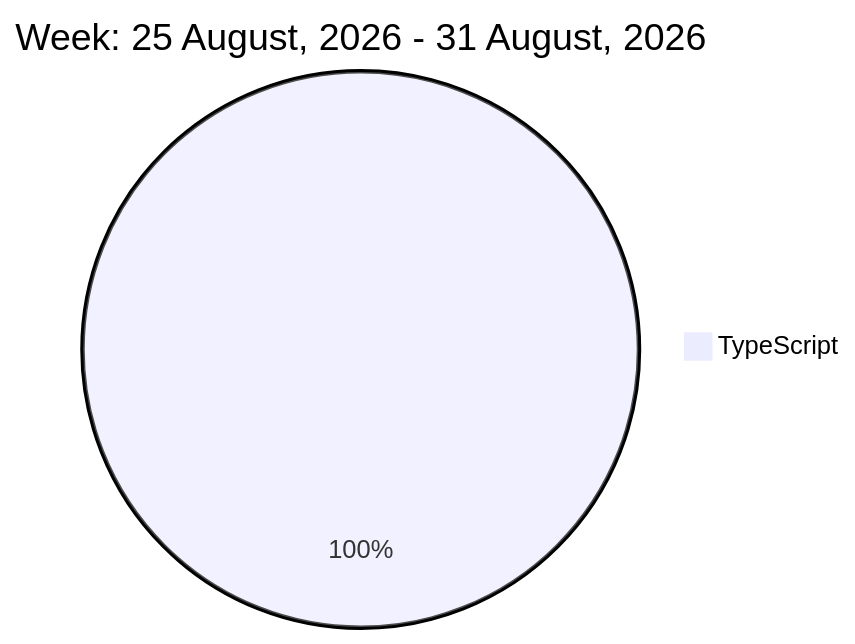
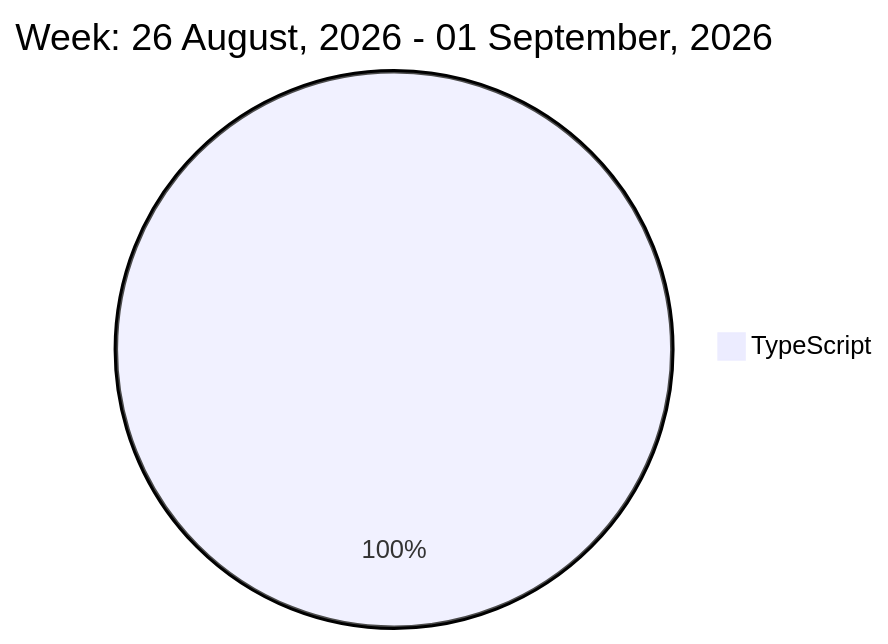
The diagram in README.md (liubin95/liubin95), drawn with Mermaid before and after one commit.

Commit message:
Updated the Graph with new Metrics

````diff
--- a/README.md
+++ b/README.md
@@ -32,5 +32,5 @@
 ```mermaid
  pie
-title Week: 25 August, 2026 - 31 August, 2026
- "TypeScript" : 2.8
+title Week: 26 August, 2026 - 01 September, 2026
+ "TypeScript" : 2.15
 ```
````
